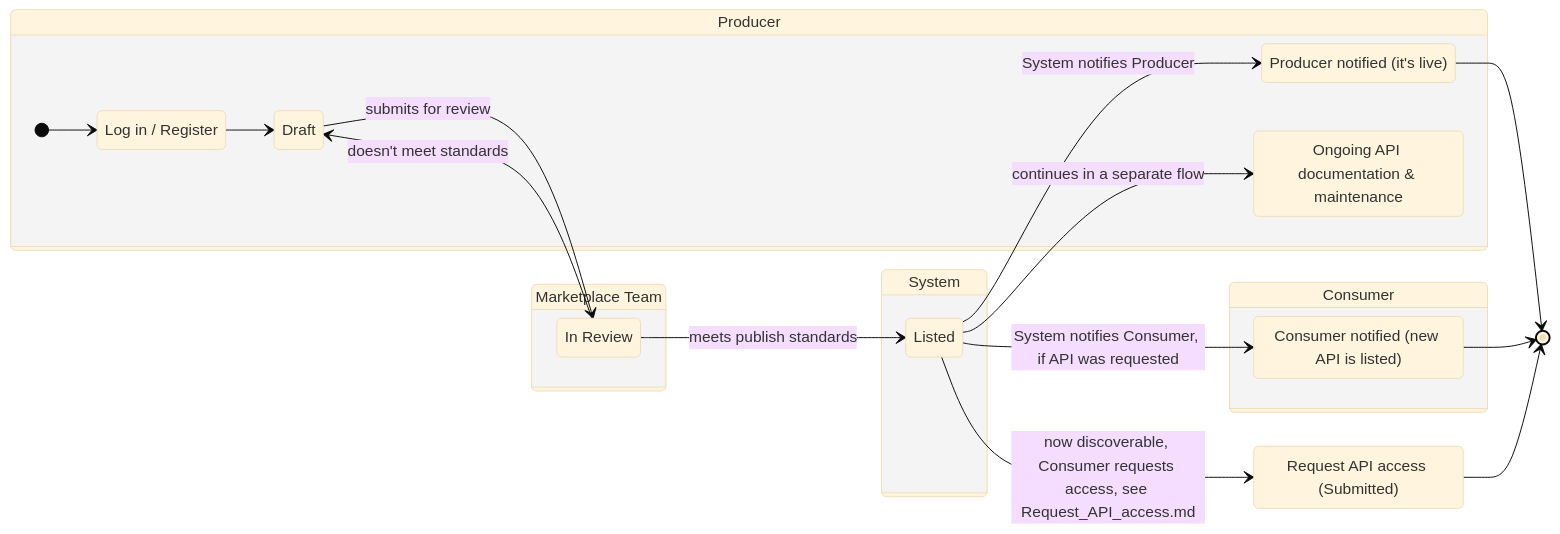
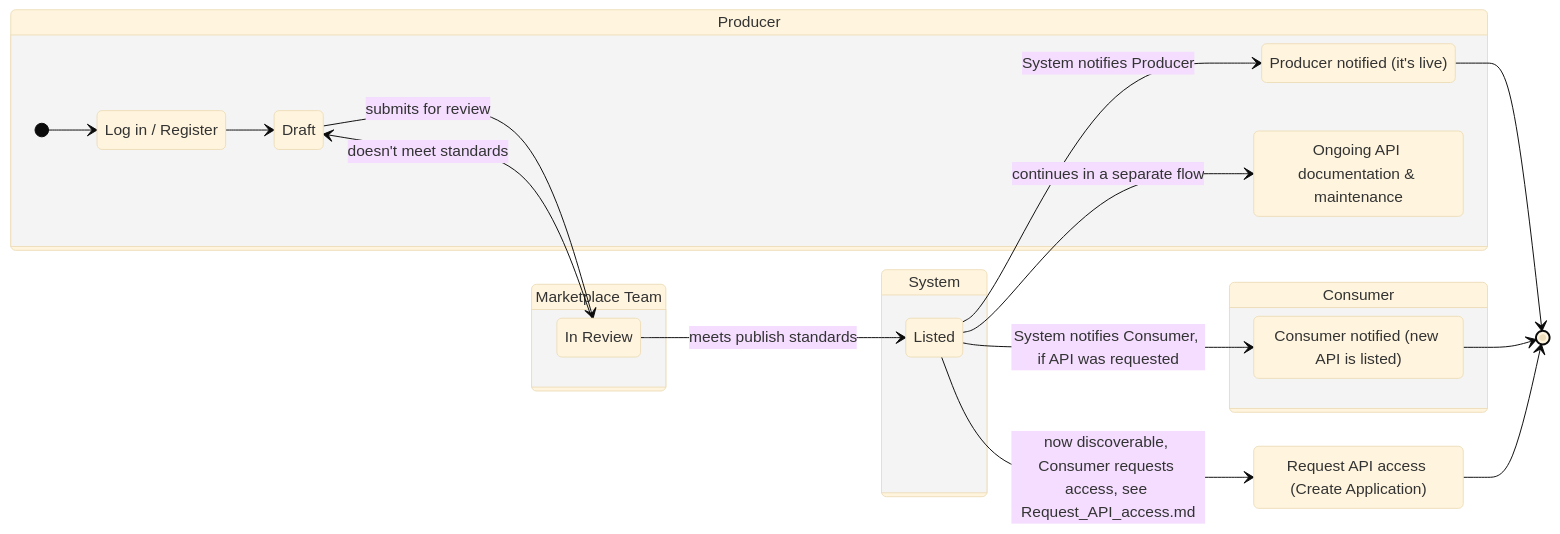
The diagram in design/flows/Publish_API.md (hmcts/hmcts-api-marketplace), drawn with Mermaid (base theme) before and after one commit. The commit also changed 3 other files, not shown here.

First line of the commit message:
Update Request API access flow diagrams: fold in Try it now, add Producer & Marketplace Team lanes

````diff
--- a/design/flows/Publish_API.md
+++ b/design/flows/Publish_API.md
@@ -3,39 +3,39 @@
 ```mermaid
 stateDiagram-v2
     direction LR
 
     state "Producer" as Publish_Producer {
         [*] --> LoginGatePublish
         LoginGatePublish: Log in / Register
         Draft: Draft
         ProducerNotified: Producer notified (it's live)
         OngoingMaintenance: Ongoing API documentation & maintenance
     }
 
     state "Marketplace Team" as Publish_MT {
         InReviewPublish: In Review
     }
 
     state "System" as Publish_Sys {
         Listed: Listed
     }
 
     state "Consumer" as Publish_Consumer {
         ConsumerNotifiedListed: Consumer notified (new API is listed)
     }
 
-    RequestAPIAccessSubmitted: Request API access (Submitted)
+    RequestAPIAccessEntry: Request API access (Create Application)
 
     LoginGatePublish --> Draft
     Draft --> InReviewPublish: submits for review
     InReviewPublish --> Draft: doesn't meet standards
     InReviewPublish --> Listed: meets publish standards
     Listed --> ProducerNotified: System notifies Producer
     ProducerNotified --> [*]
     Listed --> OngoingMaintenance: continues in a separate flow
     Listed --> ConsumerNotifiedListed: System notifies Consumer, if API was requested
     ConsumerNotifiedListed --> [*]
 
-    Listed --> RequestAPIAccessSubmitted: now discoverable, Consumer requests access, see Request_API_access.md
-    RequestAPIAccessSubmitted --> [*]
+    Listed --> RequestAPIAccessEntry: now discoverable, Consumer requests access, see Request_API_access.md
+    RequestAPIAccessEntry --> [*]
 ```
````
